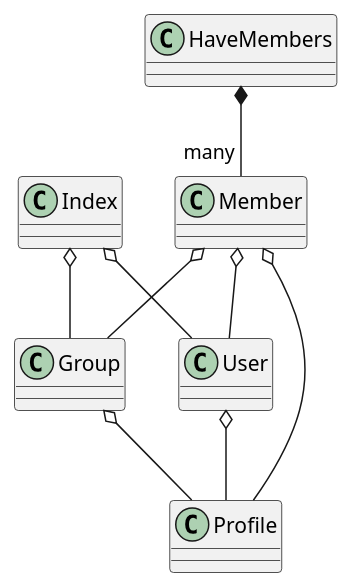
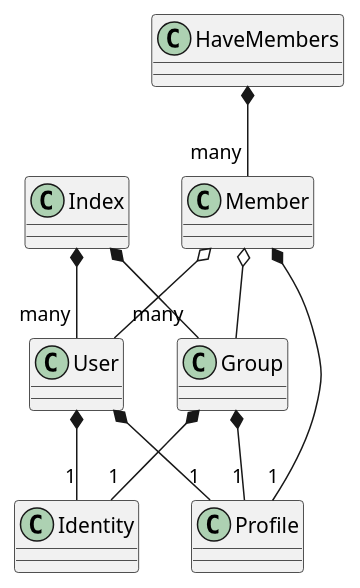
Before and after one commit to Eldynn/index: the diagram in scripts/links.puml, drawn with PlantUML. The commit also changed 1 other file, not shown here.

Commit message:
docs(UML): Add relations to class Identity
fix #6

```diff
--- a/scripts/links.puml
+++ b/scripts/links.puml
@@ -1,11 +1,12 @@
 @startuml
-Index o-- User
-Index o-- Group
-User o-- Profile
-Group o-- Profile
-Member o-- Profile
-
+User *-- "1" Profile
+User *-- "1" Identity
+Group *-- "1" Profile
+Group *-- "1" Identity
+HaveMembers *-- "many" Member
+Member *-- "1" Profile
 Member o-- Group
 Member o-- User
-HaveMembers *-- "many" Member
+Index *-- "many" User
+Index *-- "many" Group
 @enduml
```
